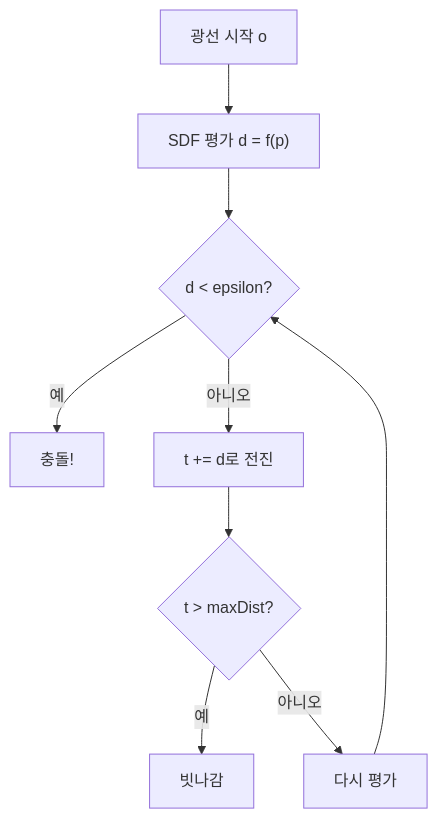
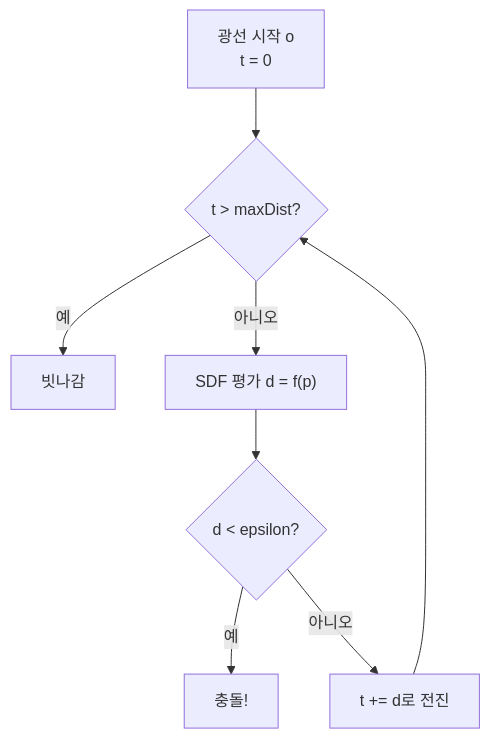
One commit to Rein-ArXiv/game-dev-curriculum changed the fourth of 7 diagrams in math/part14_distance_fields.md. Above: the diagram before and after it, drawn with Mermaid. The commit also changed other lines of this file and 279 other files, not shown here.

````diff
--- a/math/part14_distance_fields.md
+++ b/math/part14_distance_fields.md
@@ -427,11 +427,10 @@
 ```mermaid
 flowchart TD
-    Start[광선 시작 o] --> Eval["SDF 평가 d = f(p)"]
+    Start[광선 시작 o<br/>t = 0] --> Qmax{t > maxDist?}
+    Qmax -->|예| Miss[빗나감]
+    Qmax -->|아니오| Eval["SDF 평가 d = f(p)"]
     Eval --> Q{d < epsilon?}
     Q -->|예| Hit[충돌!]
     Q -->|아니오| Advance[t += d로 전진]
-    Advance --> Q2{t > maxDist?}
-    Q2 -->|예| Miss[빗나감]
-    Q2 -->|아니오| Eval2[다시 평가]
-    Eval2 --> Q
+    Advance --> Qmax
 ```
````
